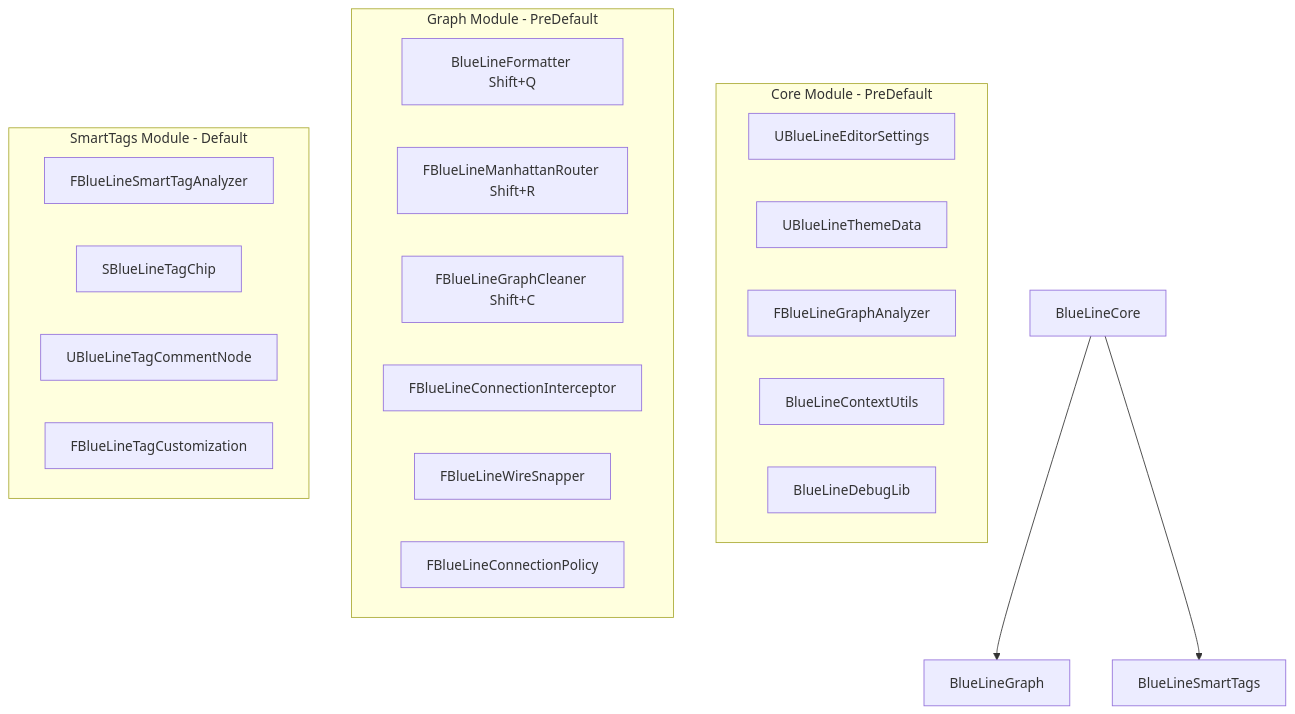
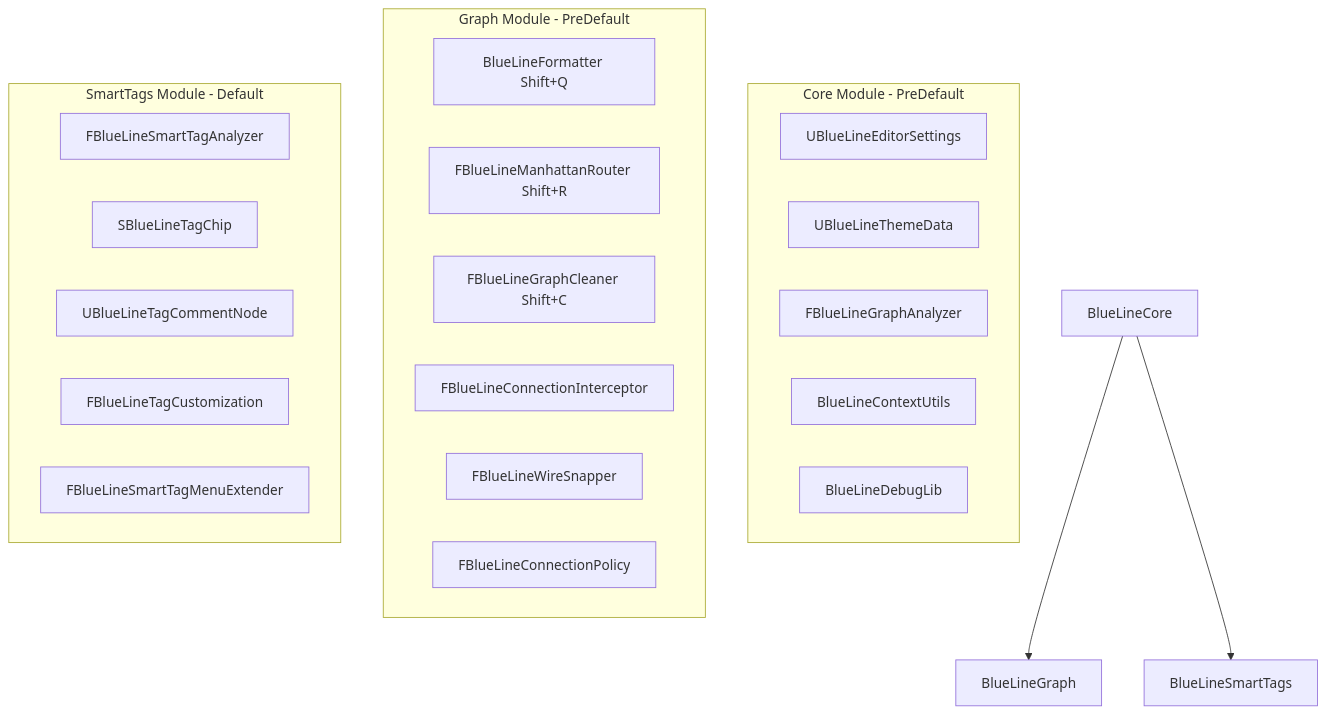
Before and after one commit to gregorik/BlueLine: the diagram in README.md, drawn with Mermaid. The commit also changed other lines of this file and 32 other files, not shown here.

````diff
--- a/README.md
+++ b/README.md
@@ -99,29 +124,30 @@
 ```mermaid
 graph TD
     A[BlueLineCore] --> B[BlueLineGraph]
     A --> C[BlueLineSmartTags]
     
     subgraph BlueLineCore [Core Module - PreDefault]
         Settings[UBlueLineEditorSettings]
         Theme[UBlueLineThemeData]
         Analyzer[FBlueLineGraphAnalyzer]
         Utils[BlueLineContextUtils]
         Debug[BlueLineDebugLib]
     end
     
     subgraph BlueLineGraph [Graph Module - PreDefault]
         Formatter[BlueLineFormatter Shift+Q]
         Router[FBlueLineManhattanRouter Shift+R]
         Cleaner[FBlueLineGraphCleaner Shift+C]
         Interceptor[FBlueLineConnectionInterceptor]
         Snapper[FBlueLineWireSnapper]
         Policy[FBlueLineConnectionPolicy]
     end
     
     subgraph BlueLineSmartTags [SmartTags Module - Default]
         TagAnalyzer[FBlueLineSmartTagAnalyzer]
         TagChip[SBlueLineTagChip]
         TagComment[UBlueLineTagCommentNode]
         TagCustomization[FBlueLineTagCustomization]
+        MenuExtender[FBlueLineSmartTagMenuExtender]
     end
 ```
````
